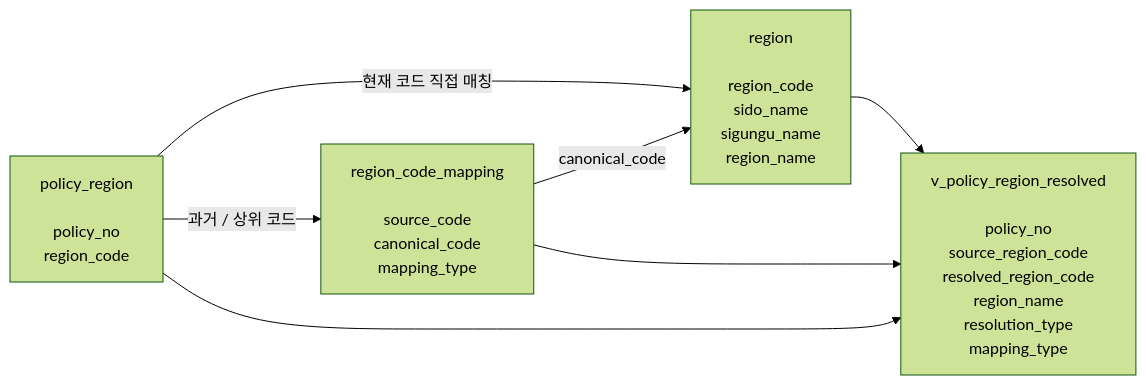
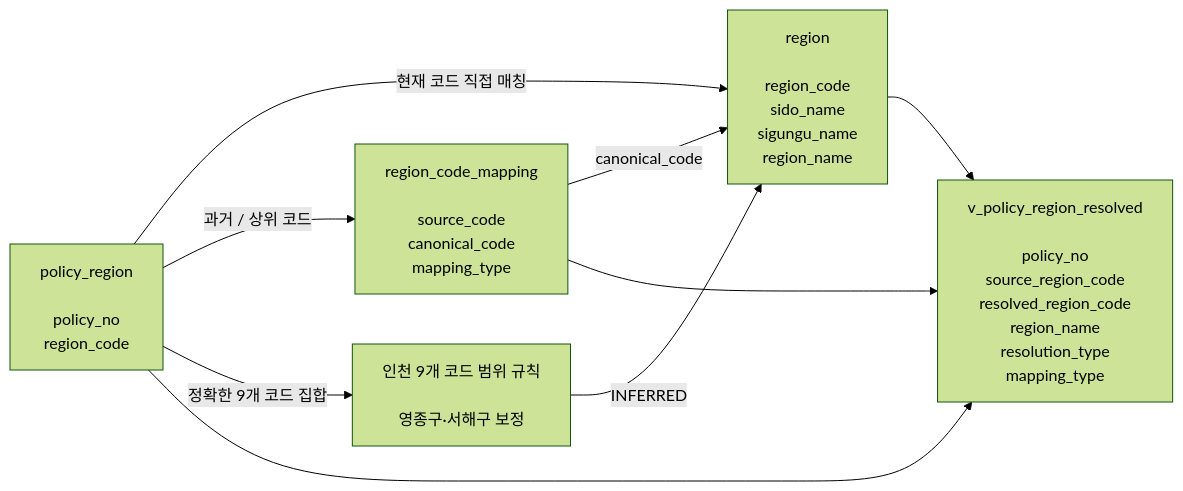
One commit to inha-youthlink/youthlink-data-pipeline changed the second of 3 diagrams in docs/erd.md. Above: the diagram before and after it, drawn with Mermaid (forest theme). The commit also changed other lines of this file and 23 other files, not shown here.

````diff
--- a/docs/erd.md
+++ b/docs/erd.md
@@ -199,19 +209,23 @@
 ```mermaid
 flowchart LR
 
     PR["policy_region<br/><br/>policy_no<br/>region_code"]
 
     MAP["region_code_mapping<br/><br/>source_code<br/>canonical_code<br/>mapping_type"]
 
     REGION["region<br/><br/>region_code<br/>sido_name<br/>sigungu_name<br/>region_name"]
 
+    RULE["인천 9개 코드 범위 규칙<br/><br/>영종구·서해구 보정"]
+
     VIEW["v_policy_region_resolved<br/><br/>policy_no<br/>source_region_code<br/>resolved_region_code<br/>region_name<br/>resolution_type<br/>mapping_type"]
 
     PR -->|"현재 코드 직접 매칭"| REGION
     PR -->|"과거 / 상위 코드"| MAP
+    PR -->|"정확한 9개 코드 집합"| RULE
     MAP -->|"canonical_code"| REGION
+    RULE -->|"INFERRED"| REGION
 
     REGION --> VIEW
     PR --> VIEW
     MAP --> VIEW
 ```
````
